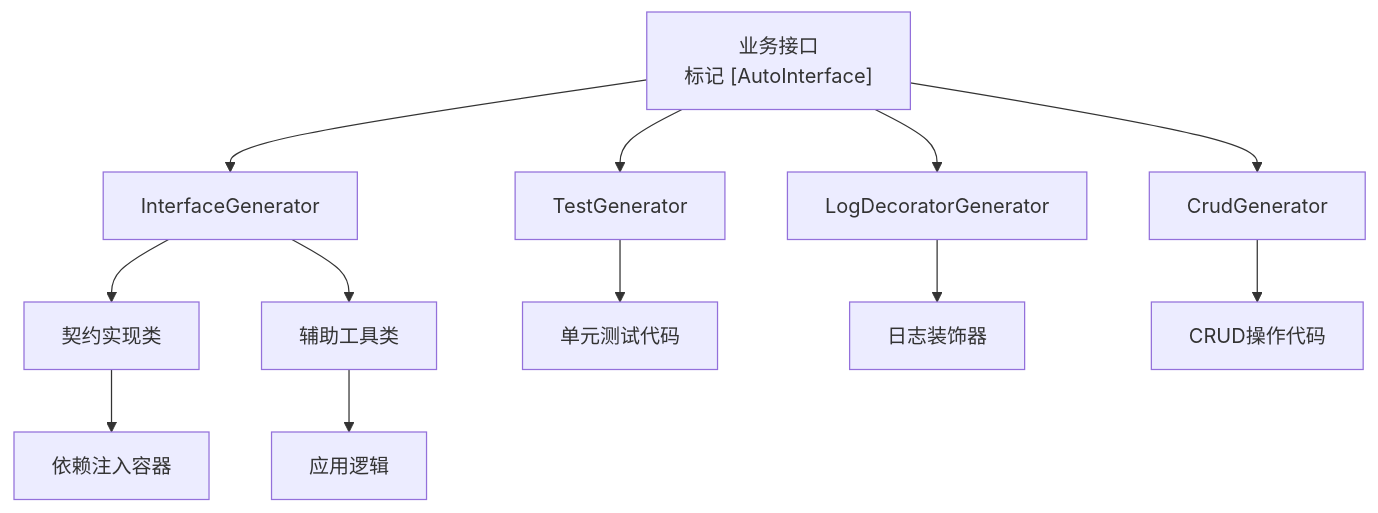
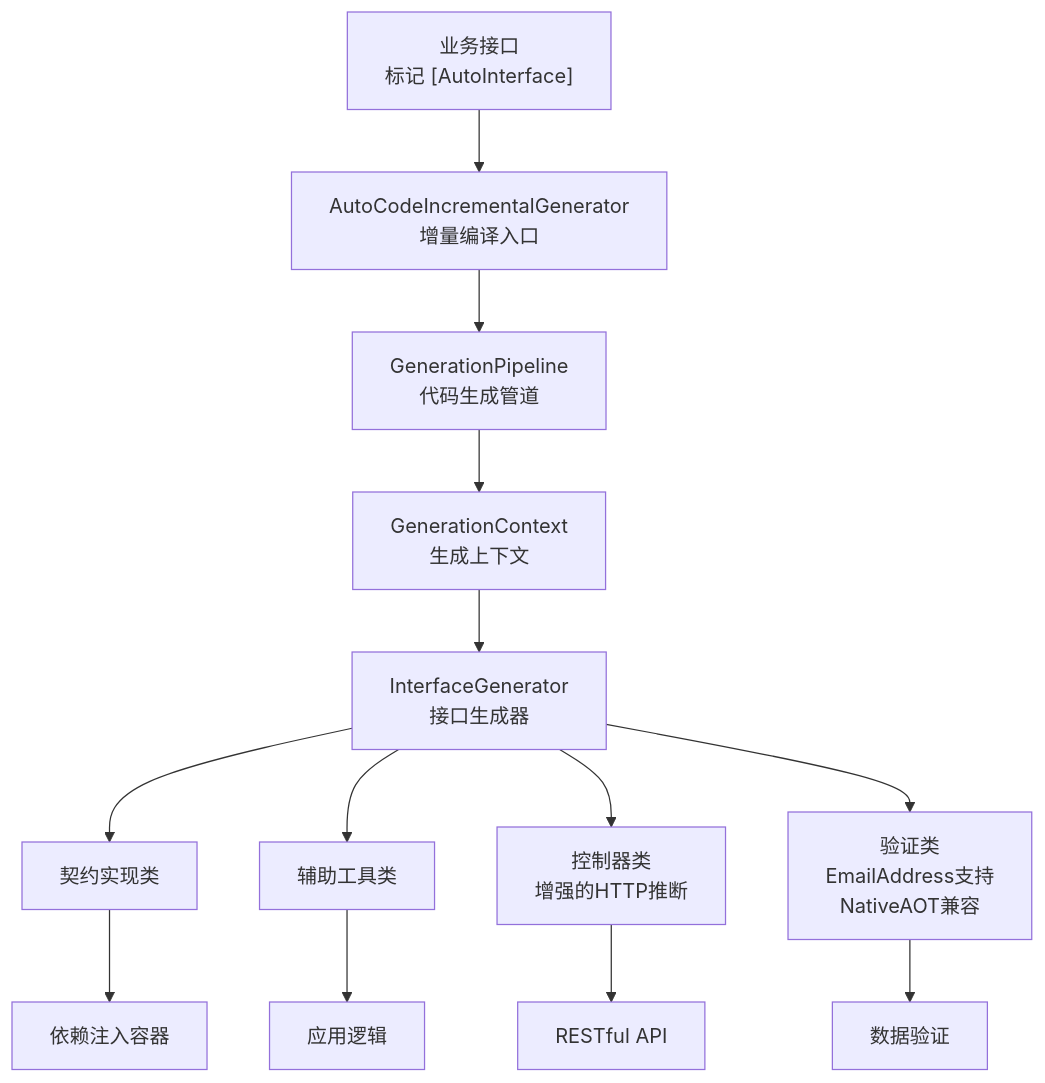
The sixth of 7 diagrams in .qoder/repowiki/zh/content/源代码生成器/源代码生成器.md (alivy/AutoCode), drawn with Mermaid before and after one commit. The commit also changed other lines of this file and 150 other files, not shown here.

````diff
--- a/.qoder/repowiki/zh/content/源代码生成器/源代码生成器.md
+++ b/.qoder/repowiki/zh/content/源代码生成器/源代码生成器.md
@@ -370,14 +491,15 @@
 ```mermaid
 graph TB
-I1["业务接口<br/>标记 [AutoInterface]"] --> G["InterfaceGenerator"]
-G --> C1["契约实现类"]
-G --> C2["辅助工具类"]
+I1["业务接口<br/>标记 [AutoInterface]"] --> IncGen["AutoCodeIncrementalGenerator<br/>增量编译入口"]
+IncGen --> Pipe["GenerationPipeline<br/>代码生成管道"]
+Pipe --> Ctx["GenerationContext<br/>生成上下文"]
+Ctx --> Gen["InterfaceGenerator<br/>接口生成器"]
+Gen --> C1["契约实现类"]
+Gen --> C2["辅助工具类"]
+Gen --> C3["控制器类<br/>增强的HTTP推断"]
+Gen --> V1["验证类<br/>EmailAddress支持<br/>NativeAOT兼容"]
 C1 --> DI["依赖注入容器"]
 C2 --> APP["应用逻辑"]
-I1 --> T["TestGenerator"]
-T --> UT["单元测试代码"]
-I1 --> L["LogDecoratorGenerator"]
-L --> LOG["日志装饰器"]
-I1 --> CR["CrudGenerator"]
-CR --> CRUD["CRUD操作代码"]
+C3 --> API["RESTful API"]
+V1 --> VALID["数据验证"]
 ```
````
